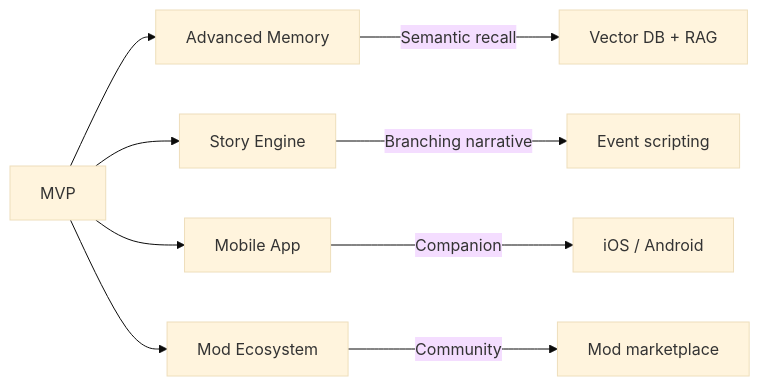
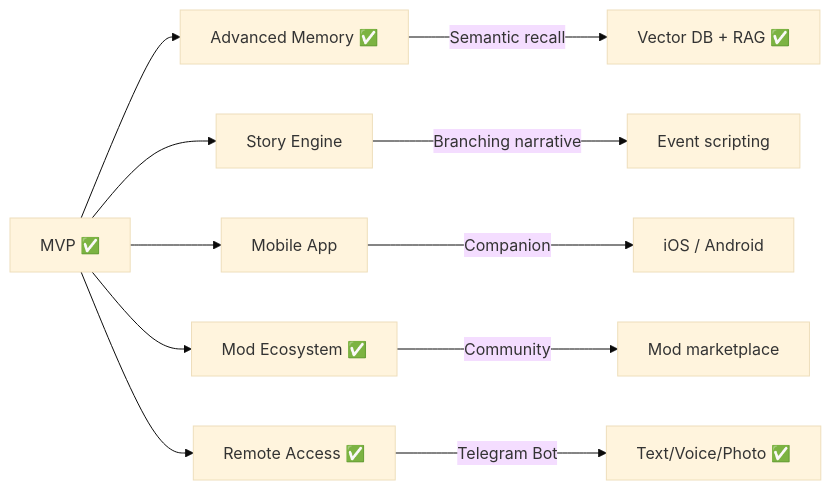
Before and after one commit to chyinan/Kokoro-Engine: the diagram in docs/PRD.md, drawn with Mermaid (base theme). The commit also changed other lines of this file and 1 other file, not shown here.

````diff
--- a/docs/PRD.md
+++ b/docs/PRD.md
@@ -136,12 +150,14 @@
 ```mermaid
 graph LR
-    A[MVP] --> B[Advanced Memory]
+    A[MVP ✅] --> B[Advanced Memory ✅]
     A --> C[Story Engine]
     A --> D[Mobile App]
-    A --> E[Mod Ecosystem]
+    A --> E[Mod Ecosystem ✅]
+    A --> F[Remote Access ✅]
 
-    B -->|Semantic recall| B1[Vector DB + RAG]
+    B -->|Semantic recall| B1[Vector DB + RAG ✅]
     C -->|Branching narrative| C1[Event scripting]
     D -->|Companion| D1[iOS / Android]
     E -->|Community| E1[Mod marketplace]
+    F -->|Telegram Bot| F1[Text/Voice/Photo ✅]
 ```
````
